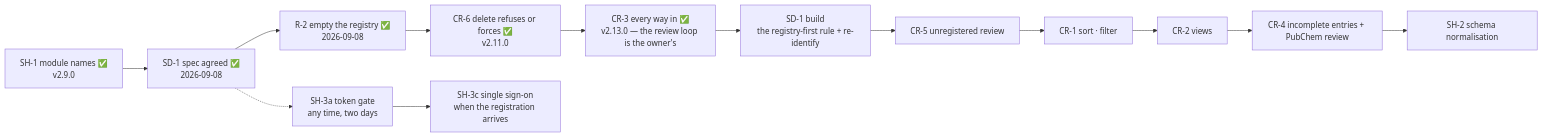
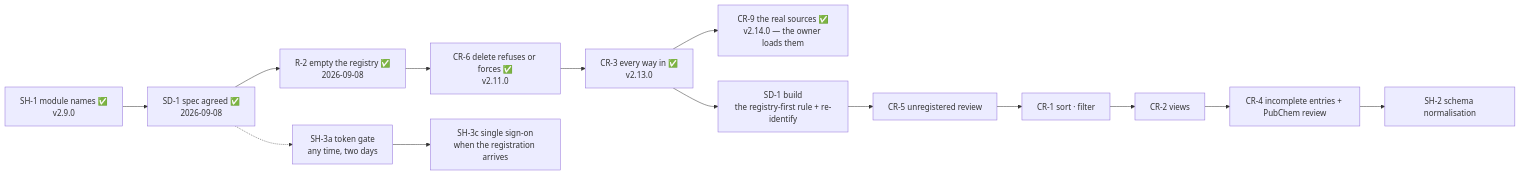
One commit to akannan2987/nr-nips-crucible changed the diagram in docs/05-roadmap.md. Above: the diagram before and after it, drawn with Mermaid. The commit also changed other lines of this file and 31 other files, not shown here.

````diff
--- a/docs/05-roadmap.md
+++ b/docs/05-roadmap.md
@@ -195,12 +197,12 @@
 ```mermaid
 flowchart LR
     SH1["SH-1 module names ✅<br/>v2.9.0"] --> SD1s["SD-1 spec agreed ✅<br/>2026-09-08"]
     SD1s --> R2["R-2 empty the registry ✅<br/>2026-09-08"]
-    R2 --> CR6["CR-6 delete refuses or forces ✅<br/>v2.11.0"] --> CR3["CR-3 every way in ✅<br/>v2.13.0 — the review loop is the owner's"]
+    R2 --> CR6["CR-6 delete refuses or forces ✅<br/>v2.11.0"] --> CR3["CR-3 every way in ✅<br/>v2.13.0"] --> CR9["CR-9 the real sources ✅<br/>v2.14.0 — the owner loads them"]
     CR3 --> SD1["SD-1 build<br/>the registry-first rule + re-identify"]
     SD1 --> CR5["CR-5 unregistered review"]
     CR5 --> CR1["CR-1 sort · filter"] --> CR2["CR-2 views"]
     CR2 --> CR4["CR-4 incomplete entries + PubChem review"]
     CR4 --> SH2["SH-2 schema normalisation"]
     SD1s -.-> SH3a["SH-3a token gate<br/>any time, two days"] --> SH3c["SH-3c single sign-on<br/>when the registration arrives"]
 ```
````
